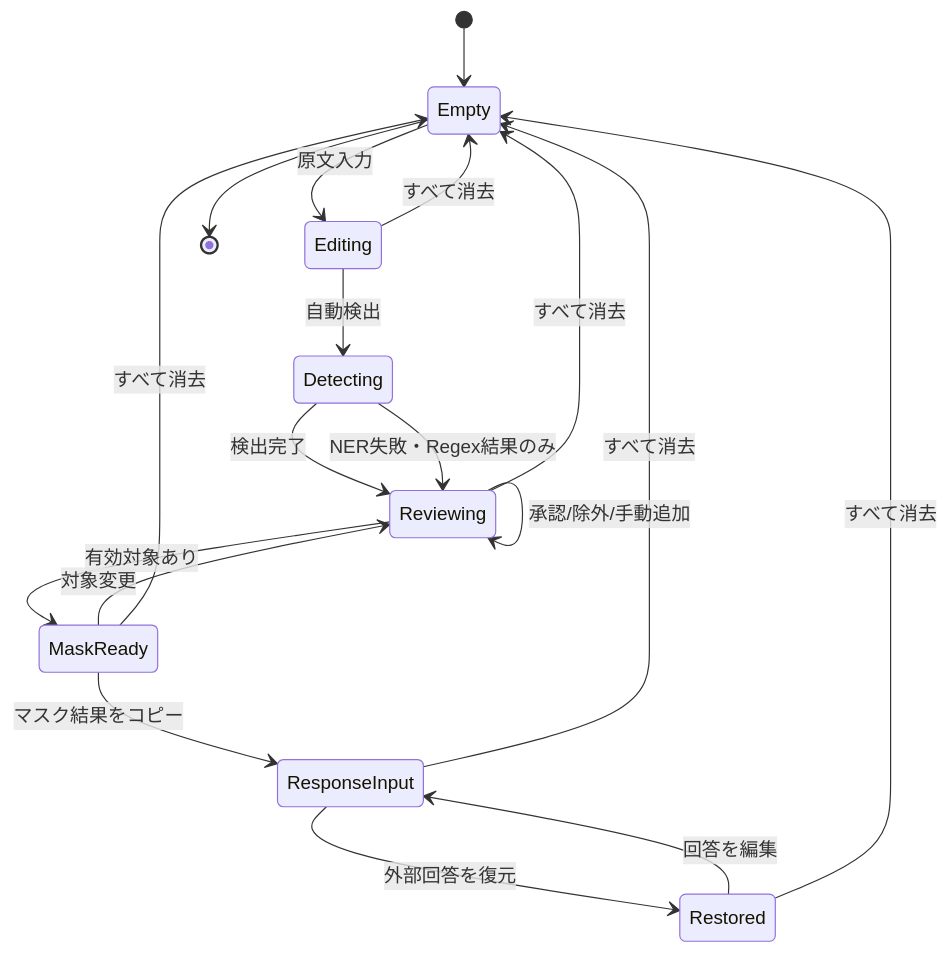
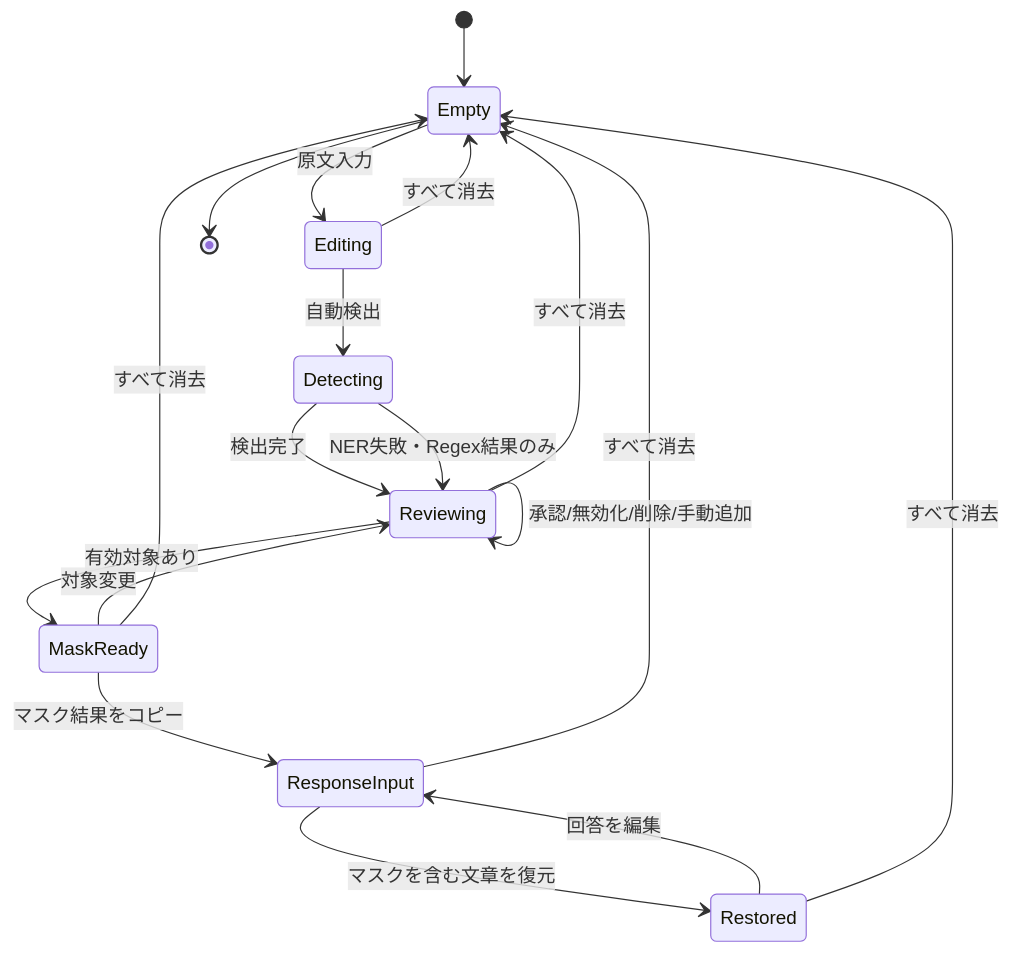
Before and after one commit to Bamboosato/local-pii-masker: the fifth of 5 diagrams in docs/architecture.md, drawn with Mermaid. The commit also changed other lines of this file and 19 other files, not shown here.

````diff
--- a/docs/architecture.md
+++ b/docs/architecture.md
@@ -406,20 +451,20 @@
 ```mermaid
 stateDiagram-v2
     [*] --> Empty
     Empty --> Editing: 原文入力
     Editing --> Detecting: 自動検出
     Detecting --> Reviewing: 検出完了
     Detecting --> Reviewing: NER失敗・Regex結果のみ
-    Reviewing --> Reviewing: 承認/除外/手動追加
+    Reviewing --> Reviewing: 承認/無効化/削除/手動追加
     Reviewing --> MaskReady: 有効対象あり
     MaskReady --> Reviewing: 対象変更
     MaskReady --> ResponseInput: マスク結果をコピー
-    ResponseInput --> Restored: 外部回答を復元
+    ResponseInput --> Restored: マスクを含む文章を復元
     Restored --> ResponseInput: 回答を編集
     Empty --> [*]
     Editing --> Empty: すべて消去
     Reviewing --> Empty: すべて消去
     MaskReady --> Empty: すべて消去
     ResponseInput --> Empty: すべて消去
     Restored --> Empty: すべて消去
 ```
````
